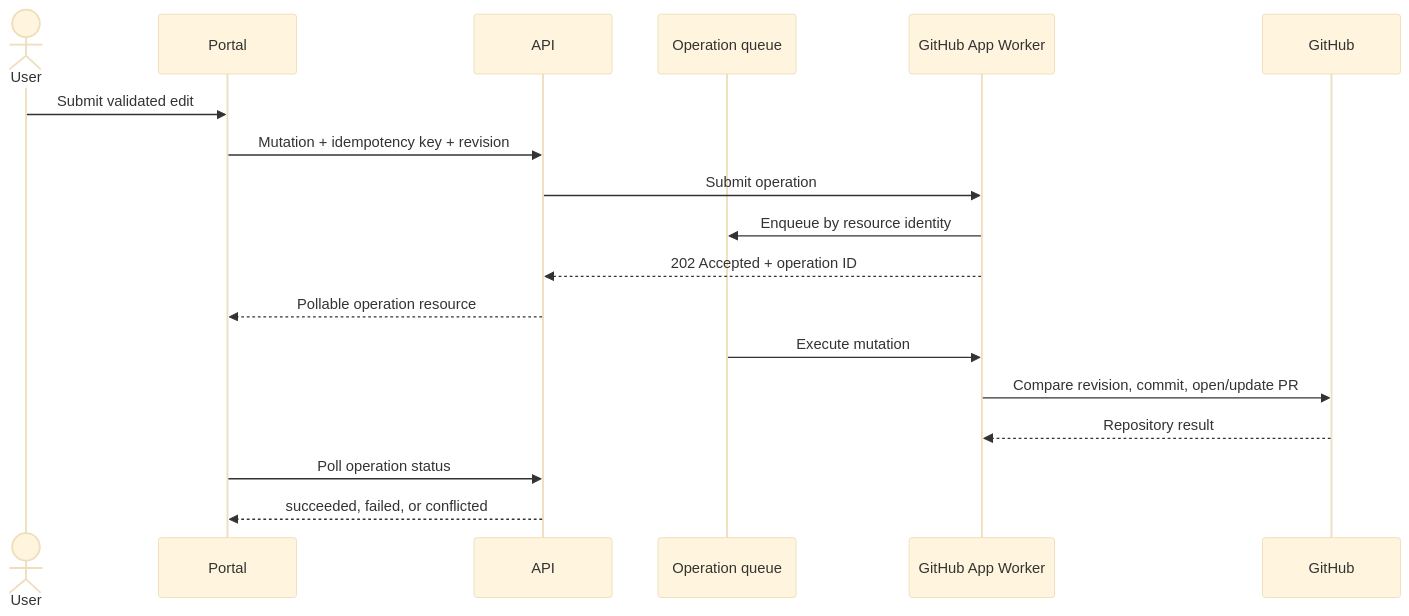
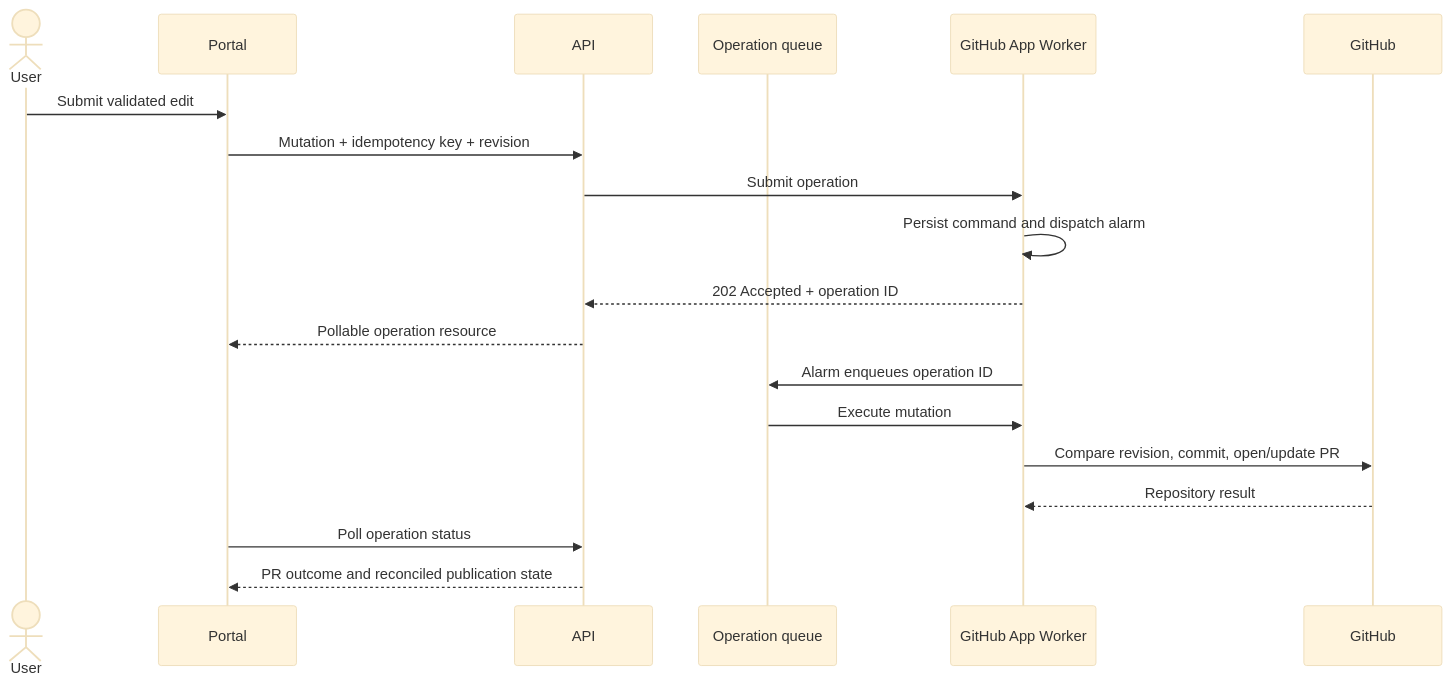
One commit to shamilaw-sci/CSC3213_20_Group_B changed the third of 5 diagrams in docs/ARCHITECTURE.md. Above: the diagram before and after it, drawn with Mermaid (base theme). The commit also changed other lines of this file and 25 other files, not shown here.

````diff
--- a/docs/ARCHITECTURE.md
+++ b/docs/ARCHITECTURE.md
@@ -121,21 +121,22 @@
 ```mermaid
 sequenceDiagram
   actor User
   participant Portal
   participant API
   participant Queue as Operation queue
   participant Worker as GitHub App Worker
   participant GitHub
 
   User->>Portal: Submit validated edit
   Portal->>API: Mutation + idempotency key + revision
   API->>Worker: Submit operation
-  Worker->>Queue: Enqueue by resource identity
+  Worker->>Worker: Persist command and dispatch alarm
   Worker-->>API: 202 Accepted + operation ID
   API-->>Portal: Pollable operation resource
+  Worker->>Queue: Alarm enqueues operation ID
   Queue->>Worker: Execute mutation
   Worker->>GitHub: Compare revision, commit, open/update PR
   GitHub-->>Worker: Repository result
   Portal->>API: Poll operation status
-  API-->>Portal: succeeded, failed, or conflicted
+  API-->>Portal: PR outcome and reconciled publication state
 ```
````
